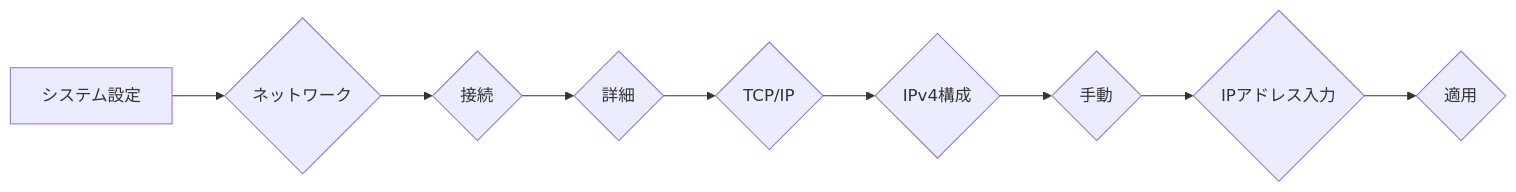
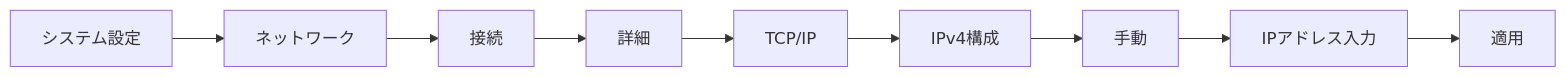
Before and after one commit to SparklingDetergent/doc_genai_Using_Generative_AI_with_Mac_Mini_M1_-Server_Setup-: the third of 8 diagrams in README.md, drawn with Mermaid. The commit also changed other lines of this file, not shown here.

````diff
--- a/README.md
+++ b/README.md
@@ -159,11 +159,11 @@
 ```mermaid
 graph LR
-    A[システム設定] --> B{ネットワーク}
-    B --> C{接続}
-    C --> D{詳細}
-    D --> E{TCP/IP}
-    E --> F{IPv4構成}
-    F --> G{手動}
-    G --> H{IPアドレス入力}
-    H --> I{適用}
+    A[システム設定] --> B[ネットワーク]
+    B --> C[接続]
+    C --> D[詳細]
+    D --> E[TCP/IP]
+    E --> F[IPv4構成]
+    F --> G[手動]
+    G --> H[IPアドレス入力]
+    H --> I[適用]
 ```
````
